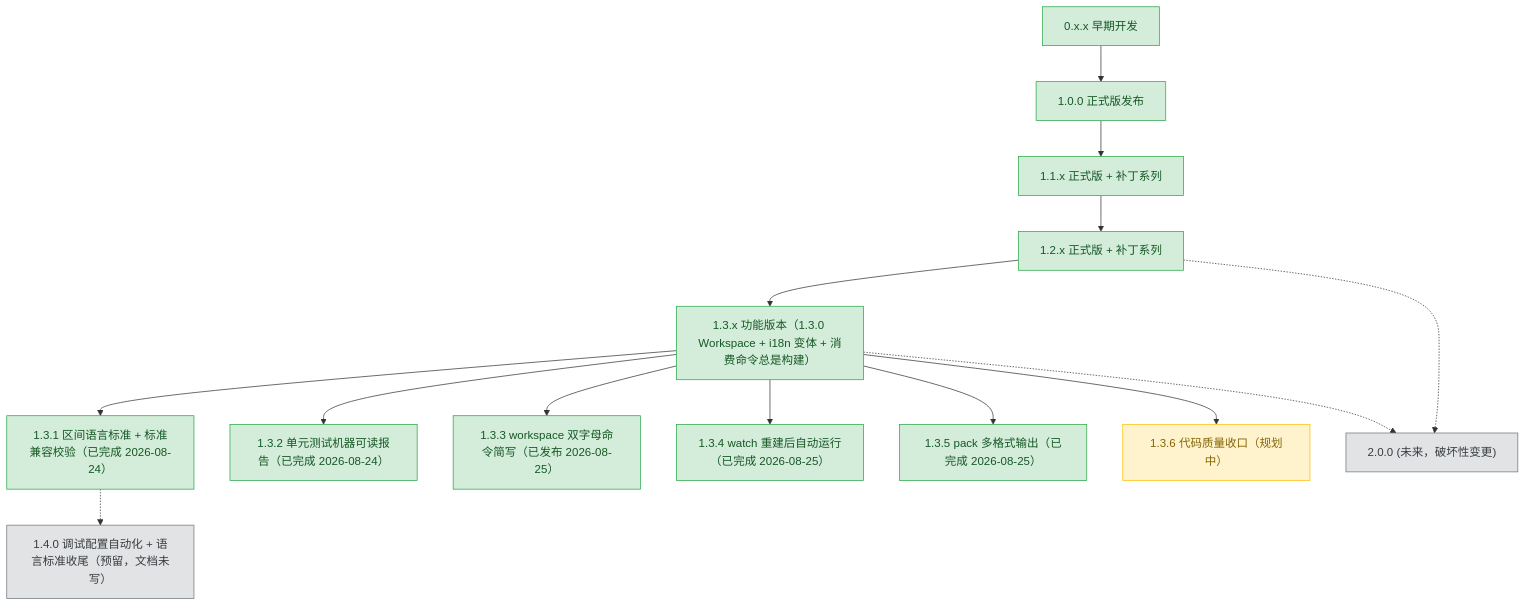
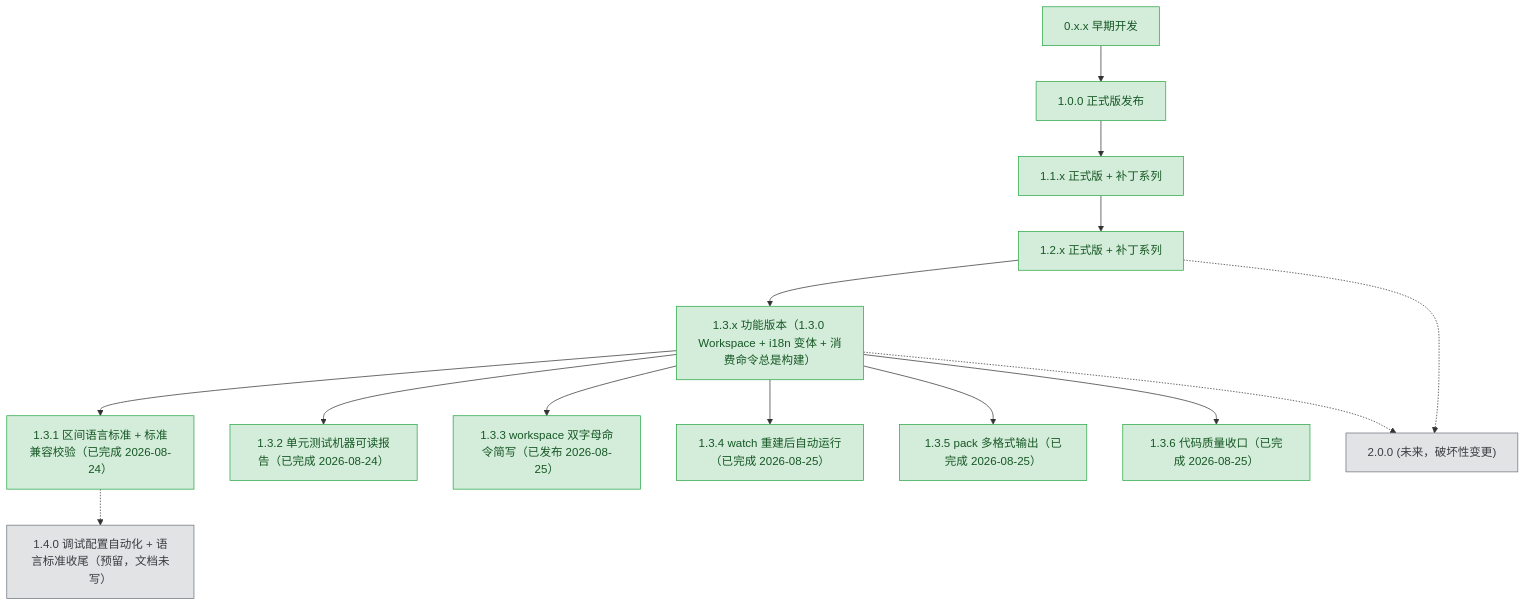
One commit to 3667808244/EazyMake changed the diagram in plans/README.md. Above: the diagram before and after it, drawn with Mermaid. The commit also changed other lines of this file and 3 other files, not shown here.

````diff
--- a/plans/README.md
+++ b/plans/README.md
@@ -62,47 +62,47 @@
 ```mermaid
 graph TD
     v0xx["0.x.x 早期开发"]
     v100["1.0.0 正式版发布"]
     v11x["1.1.x 正式版 + 补丁系列"]
     v12x["1.2.x 正式版 + 补丁系列"]
     v13x["1.3.x 功能版本（1.3.0 Workspace + i18n 变体 + 消费命令总是构建）"]
     v131["1.3.1 区间语言标准 + 标准兼容校验（已完成 2026-08-24）"]
     v132["1.3.2 单元测试机器可读报告（已完成 2026-08-24）"]
     v133["1.3.3 workspace 双字母命令简写（已发布 2026-08-25）"]
     v134["1.3.4 watch 重建后自动运行（已完成 2026-08-25）"]
     v135["1.3.5 pack 多格式输出（已完成 2026-08-25）"]
-    v136["1.3.6 代码质量收口（规划中）"]
+    v136["1.3.6 代码质量收口（已完成 2026-08-25）"]
     v140["1.4.0 调试配置自动化 + 语言标准收尾（预留，文档未写）"]
     v200["2.0.0 (未来，破坏性变更)"]
 
     v0xx --> v100
     v100 --> v11x
     v11x --> v12x
     v12x --> v13x
     v13x --> v131
     v13x --> v132
     v13x --> v133
     v13x --> v134
     v13x --> v135
     v13x --> v136
     v131 -.-> v140
     v12x -.-> v200
     v13x -.-> v200
 
     classDef done fill:#d4edda,stroke:#28a745,color:#155724;
     classDef active fill:#fff3cd,stroke:#ffc107,color:#856404;
     classDef todo fill:#e2e3e5,stroke:#6c757d,color:#383d41;
 
     class v0xx,v100 done;
     class v11x done;
     class v12x done;
     class v13x done;
     class v131 done;
     class v132 done;
     class v133 done;
     class v134 done;
     class v135 done;
-    class v136 active;
+    class v136 done;
     class v140 todo;
     class v200 todo;
 ```
````
